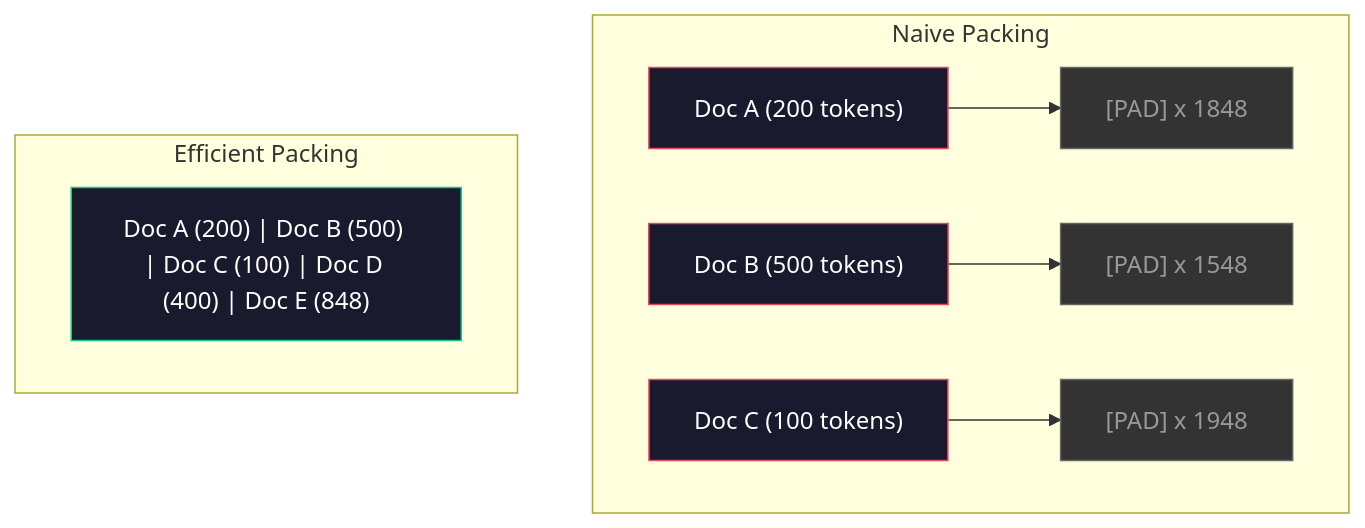
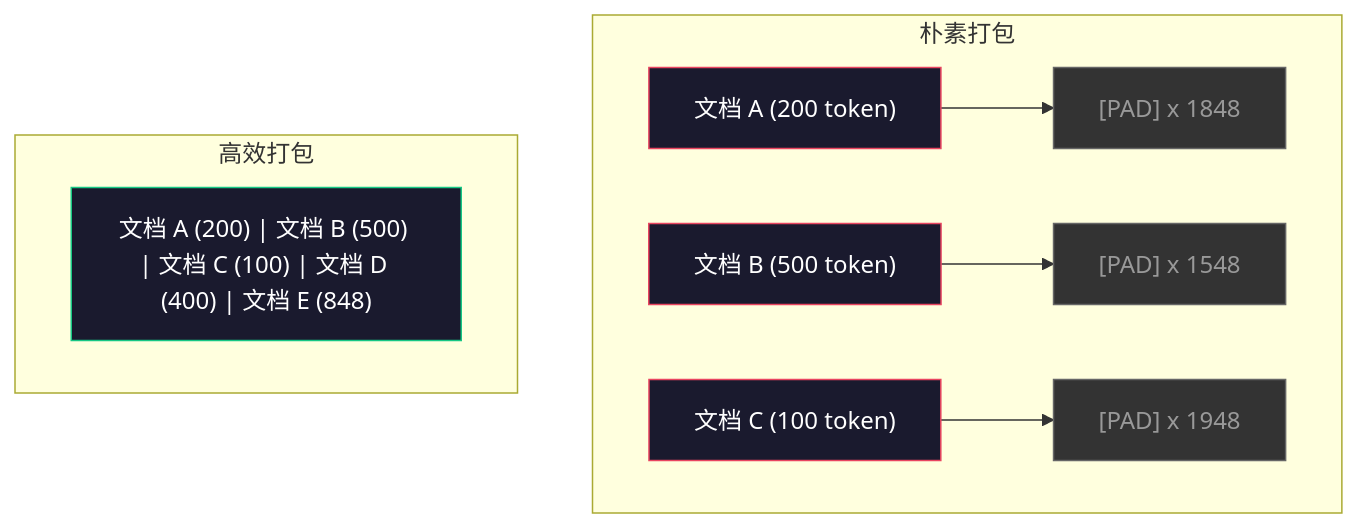
Before and after one commit to guangningsun/ailearning: the third of 3 diagrams in lessons/10-llms-from-scratch/03-data-pipelines/docs/zh.md, drawn with Mermaid. The commit also changed other lines of this file and 24 other files, not shown here.

````diff
--- a/lessons/10-llms-from-scratch/03-data-pipelines/docs/zh.md
+++ b/lessons/10-llms-from-scratch/03-data-pipelines/docs/zh.md
@@ -137,20 +137,20 @@
 ```mermaid
 graph TD
-    subgraph Naive Packing
-        A1["Doc A (200 tokens)"] --> P1["[PAD] x 1848"]
-        A2["Doc B (500 tokens)"] --> P2["[PAD] x 1548"]
-        A3["Doc C (100 tokens)"] --> P3["[PAD] x 1948"]
+    subgraph Naive Packing[朴素打包]
+        A1["文档 A (200 token)"] --> P1["[PAD] x 1848"]
+        A2["文档 B (500 token)"] --> P2["[PAD] x 1548"]
+        A3["文档 C (100 token)"] --> P3["[PAD] x 1948"]
     end
 
-    subgraph Efficient Packing
-        B1["Doc A (200) | Doc B (500) | Doc C (100) | Doc D (400) | Doc E (848)"]
+    subgraph Efficient Packing[高效打包]
+        B1["文档 A (200) | 文档 B (500) | 文档 C (100) | 文档 D (400) | 文档 E (848)"]
     end
 
     style A1 fill:#1a1a2e,stroke:#e94560,color:#fff
     style A2 fill:#1a1a2e,stroke:#e94560,color:#fff
     style A3 fill:#1a1a2e,stroke:#e94560,color:#fff
     style P1 fill:#333,stroke:#666,color:#999
     style P2 fill:#333,stroke:#666,color:#999
     style P3 fill:#333,stroke:#666,color:#999
     style B1 fill:#1a1a2e,stroke:#16c784,color:#fff
 ```
````
